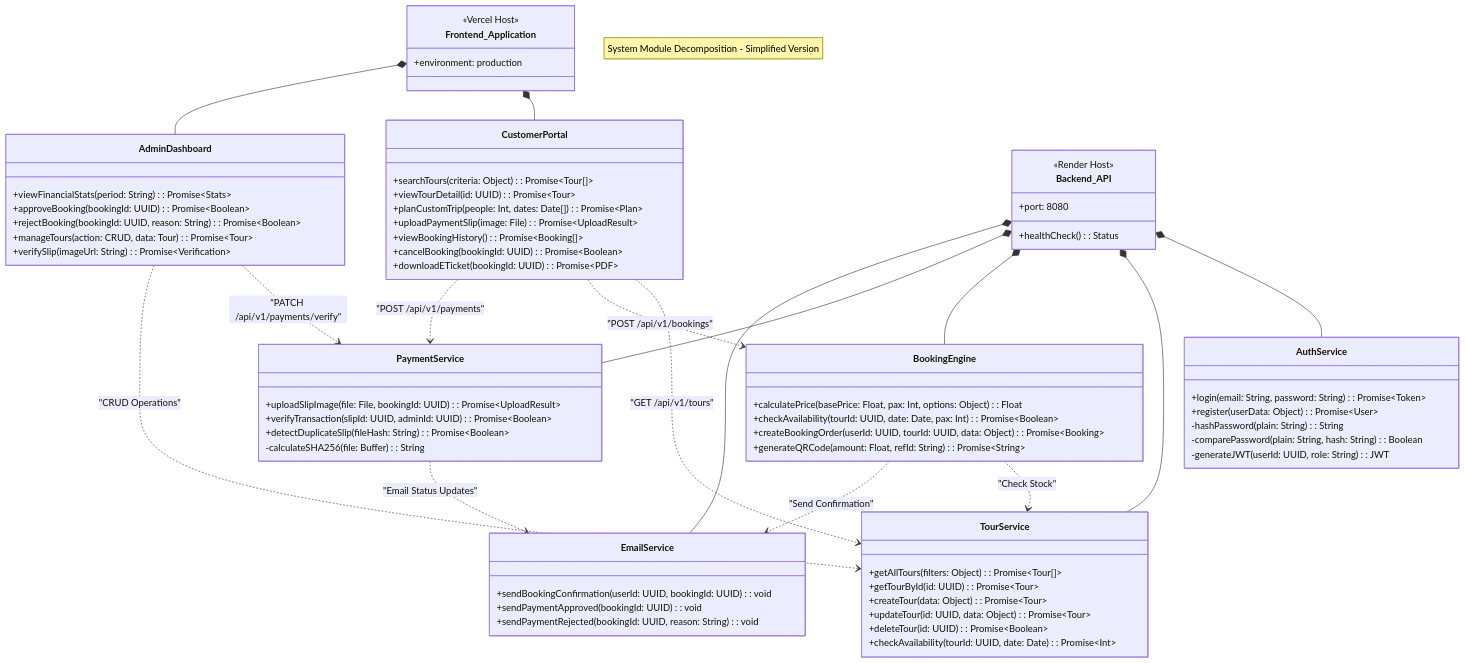
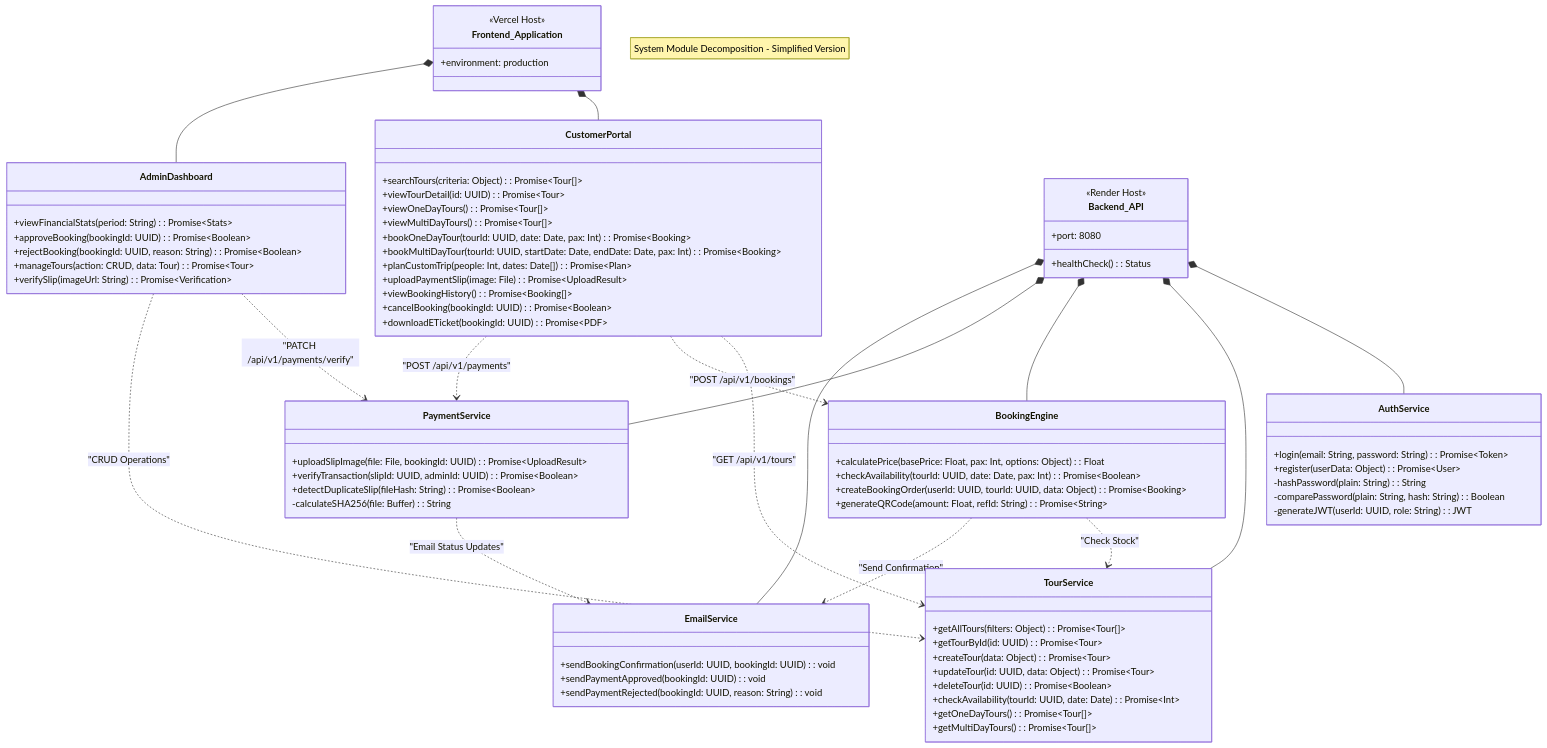
The first of 2 diagrams in system_based/Component Design.md (psu6810110135/final_porj), drawn with Mermaid before and after one commit. The commit also changed other lines of this file and 3 other files, not shown here.

```diff
--- a/system_based/Component Design.md
+++ b/system_based/Component Design.md
@@ -29,6 +29,10 @@
     class CustomerPortal {
         +searchTours(criteria: Object): Promise~Tour[]~
         +viewTourDetail(id: UUID): Promise~Tour~
+        +viewOneDayTours(): Promise~Tour[]~
+        +viewMultiDayTours(): Promise~Tour[]~
+        +bookOneDayTour(tourId: UUID, date: Date, pax: Int): Promise~Booking~
+        +bookMultiDayTour(tourId: UUID, startDate: Date, endDate: Date, pax: Int): Promise~Booking~
         +planCustomTrip(people: Int, dates: Date[]): Promise~Plan~
         +uploadPaymentSlip(image: File): Promise~UploadResult~
         +viewBookingHistory(): Promise~Booking[]~
@@ -66,6 +70,8 @@
         +updateTour(id: UUID, data: Object): Promise~Tour~
         +deleteTour(id: UUID): Promise~Boolean~
         +checkAvailability(tourId: UUID, date: Date): Promise~Int~
+        +getOneDayTours(): Promise~Tour[]~
+        +getMultiDayTours(): Promise~Tour[]~
     }
 
     class BookingEngine {
```
